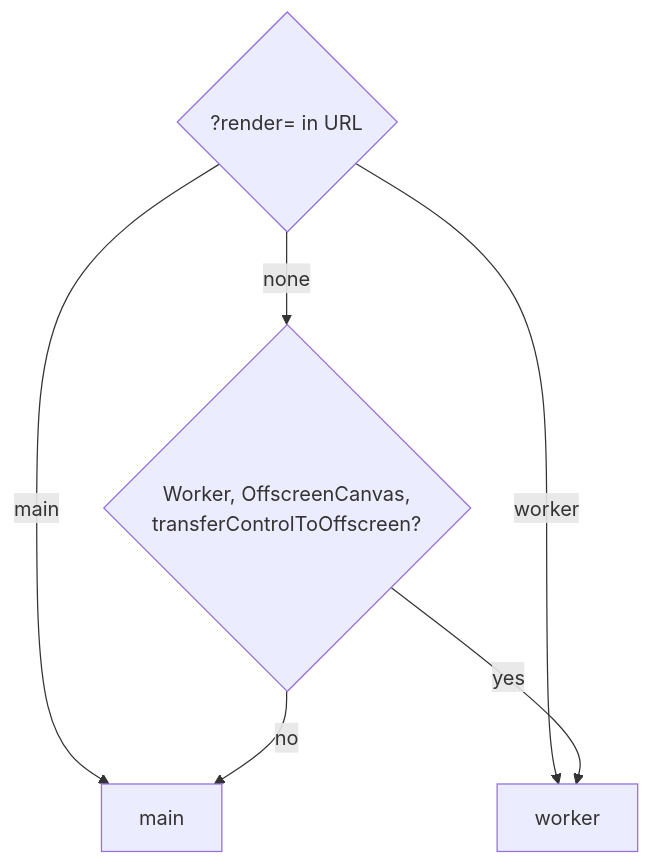
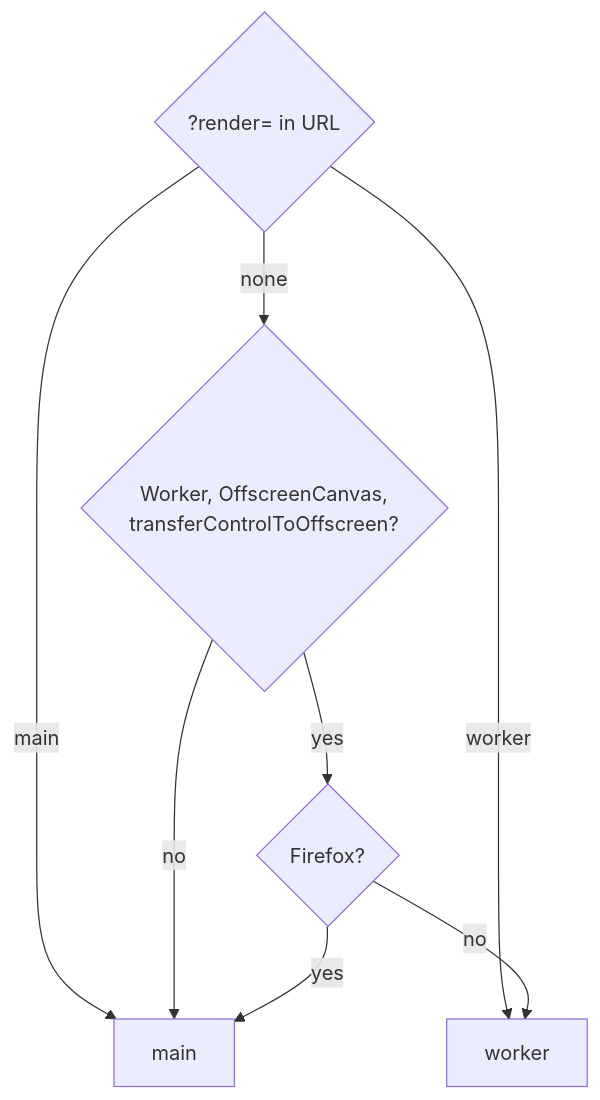
One commit to pilniczek/colony2080 changed the second of 7 diagrams in docs/rendering.md. Above: the diagram before and after it, drawn with Mermaid. The commit also changed other lines of this file and 4 other files, not shown here.

````diff
--- a/docs/rendering.md
+++ b/docs/rendering.md
@@ -34,8 +34,10 @@
 ```mermaid
 flowchart TD
   A{"?render= in URL"} -- main --> M[main]
   A -- worker --> W[worker]
   A -- none --> B{"Worker, OffscreenCanvas,<br/>transferControlToOffscreen?"}
   B -- no --> M
-  B -- yes --> W
+  B -- yes --> F{Firefox?}
+  F -- yes --> M
+  F -- no --> W
 ```
````
